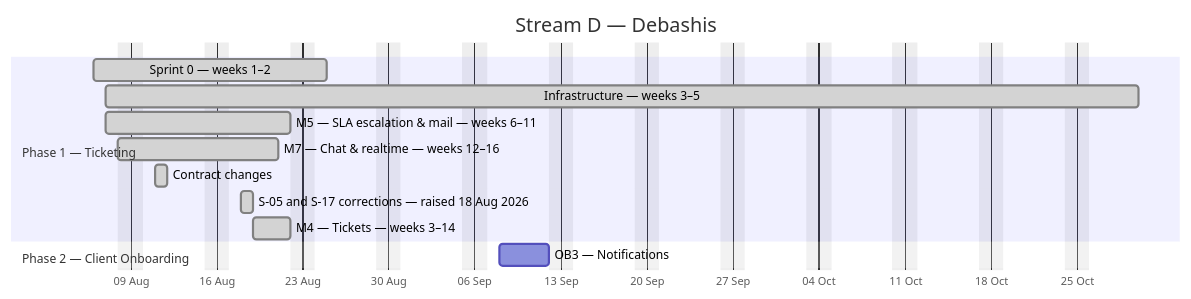
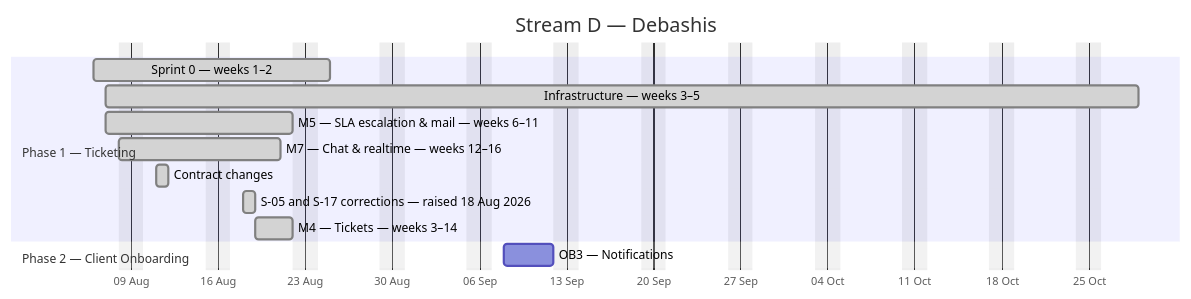
The fourth of 4 diagrams in docs/plan/GANTT.md (debashisedunext/EduTrack), drawn with Mermaid before and after one commit. The commit also changed other lines of this file and 2 other files, not shown here.

````diff
--- a/docs/plan/GANTT.md
+++ b/docs/plan/GANTT.md
@@ -192,17 +191,17 @@
 ```mermaid
 gantt
     dateFormat YYYY-MM-DD
     axisFormat %d %b
     title Stream D — Debashis
     excludes weekends
     section Phase 1 — Ticketing
     Sprint 0 — weeks 1–2 :done, d0, 2026-08-06, 13d
-    Infrastructure — weeks 3–5 :done, d1, 2026-08-07, 60d
+    Infrastructure — weeks 3–5 :done, d1, 2026-08-07, 59d
     M5 — SLA  escalation & mail — weeks 6–11 :done, d2, 2026-08-07, 11d
     M7 — Chat & realtime — weeks 12–16 :done, d3, 2026-08-08, 10d
     Contract changes :done, d4, 2026-08-11, 1d
     S-05 and S-17 corrections — raised 18 Aug 2026 :done, d5, 2026-08-18, 1d
     M4 — Tickets — weeks 3–14 :done, d6, 2026-08-19, 3d
     section Phase 2 — Client Onboarding
     OB3 — Notifications :d7, 2026-09-08, 4d
 ```
````
